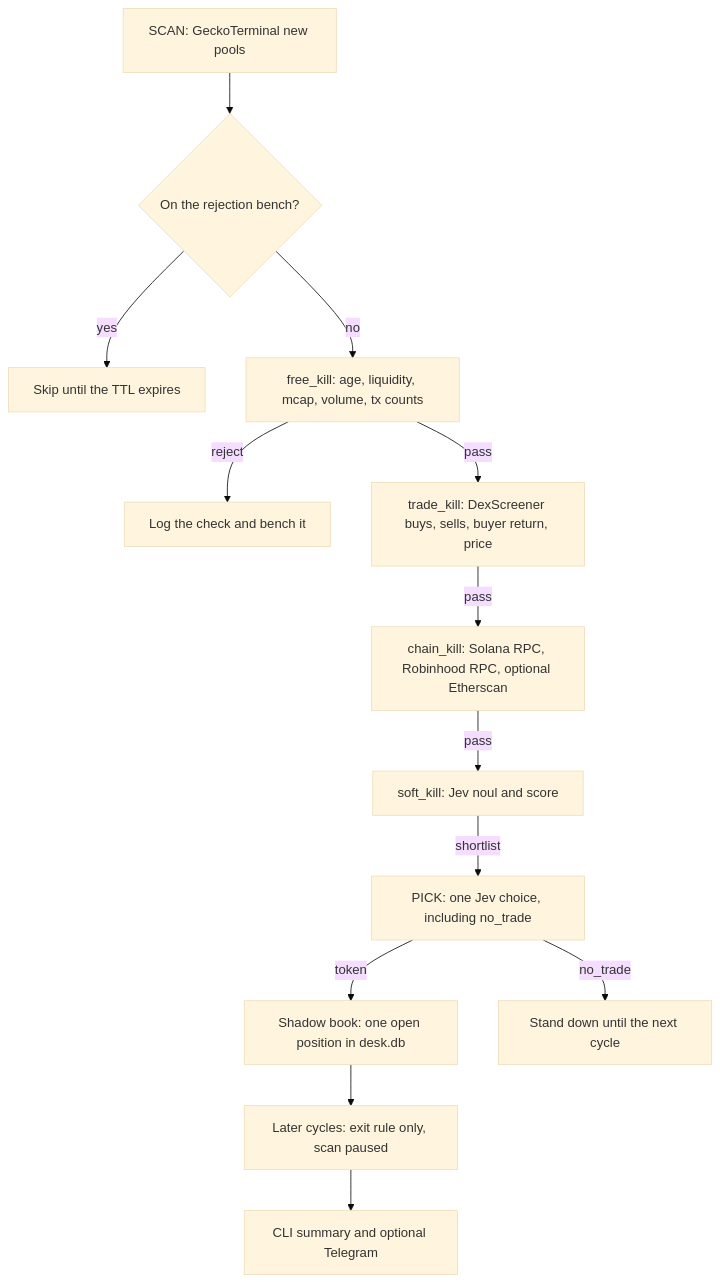
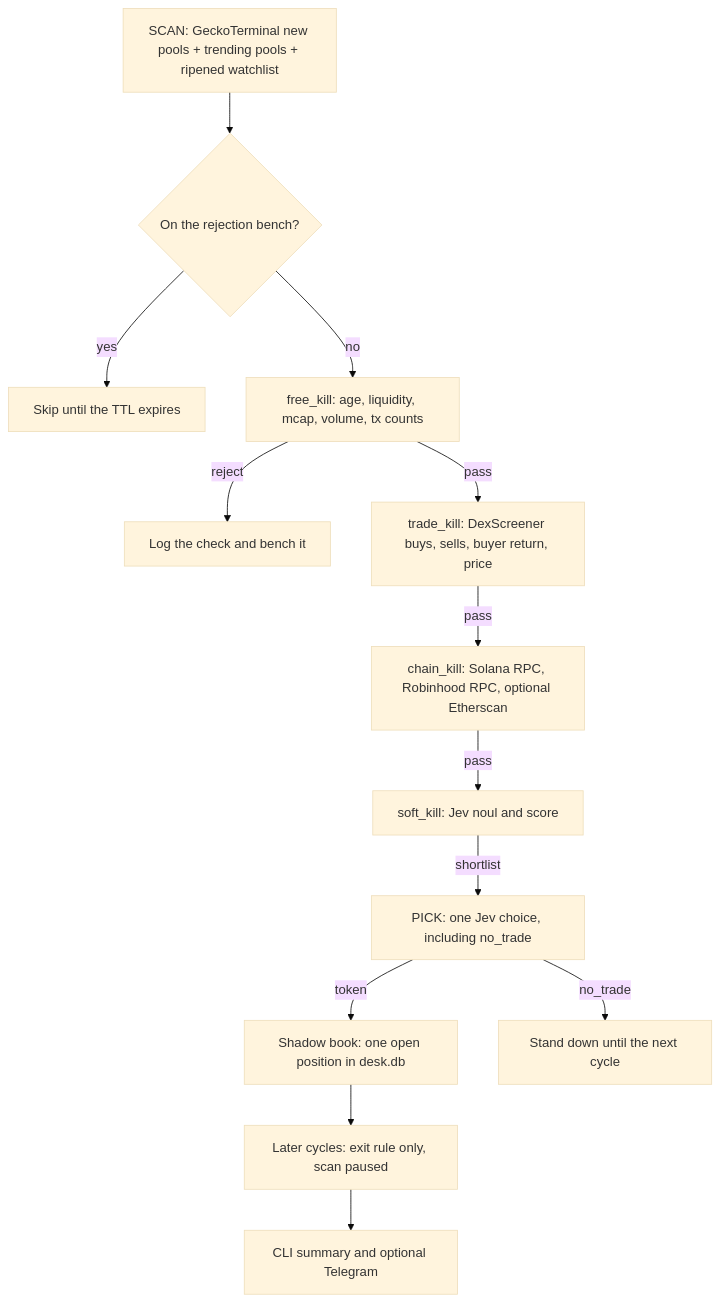
Before and after one commit to HEADWOPZ/killdesk: the diagram in README.md, drawn with Mermaid (base theme). The commit also changed other lines of this file and 18 other files, not shown here.

First line of the commit message:
Animated live dashboard + ripen too_early pools + trending source (#2)

````diff
--- a/README.md
+++ b/README.md
@@ -23,15 +23,15 @@
 ```mermaid
 flowchart TD
-  scan["SCAN: GeckoTerminal new pools"] --> bench{On the rejection bench?}
+  scan["SCAN: GeckoTerminal new pools + trending pools + ripened watchlist"] --> bench{On the rejection bench?}
   bench -->|yes| skip[Skip until the TTL expires]
   bench -->|no| free["free_kill: age, liquidity, mcap, volume, tx counts"]
   free -->|reject| log[Log the check and bench it]
   free -->|pass| trade["trade_kill: DexScreener buys, sells, buyer return, price"]
   trade -->|pass| chain["chain_kill: Solana RPC, Robinhood RPC, optional Etherscan"]
   chain -->|pass| soft["soft_kill: Jev noul and score"]
   soft -->|shortlist| pick["PICK: one Jev choice, including no_trade"]
   pick -->|token| book["Shadow book: one open position in desk.db"]
   pick -->|no_trade| stand[Stand down until the next cycle]
   book --> watch["Later cycles: exit rule only, scan paused"]
   watch --> report["CLI summary and optional Telegram"]
 ```
````
